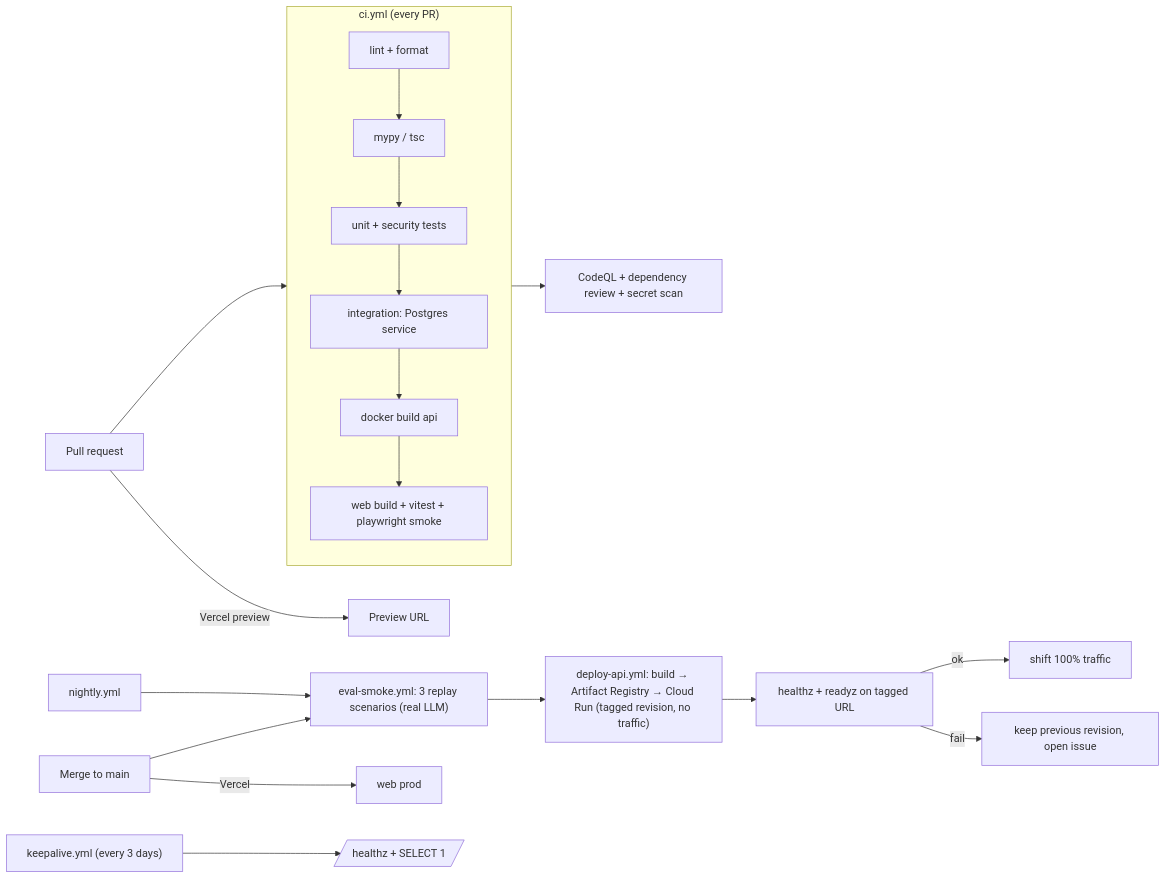
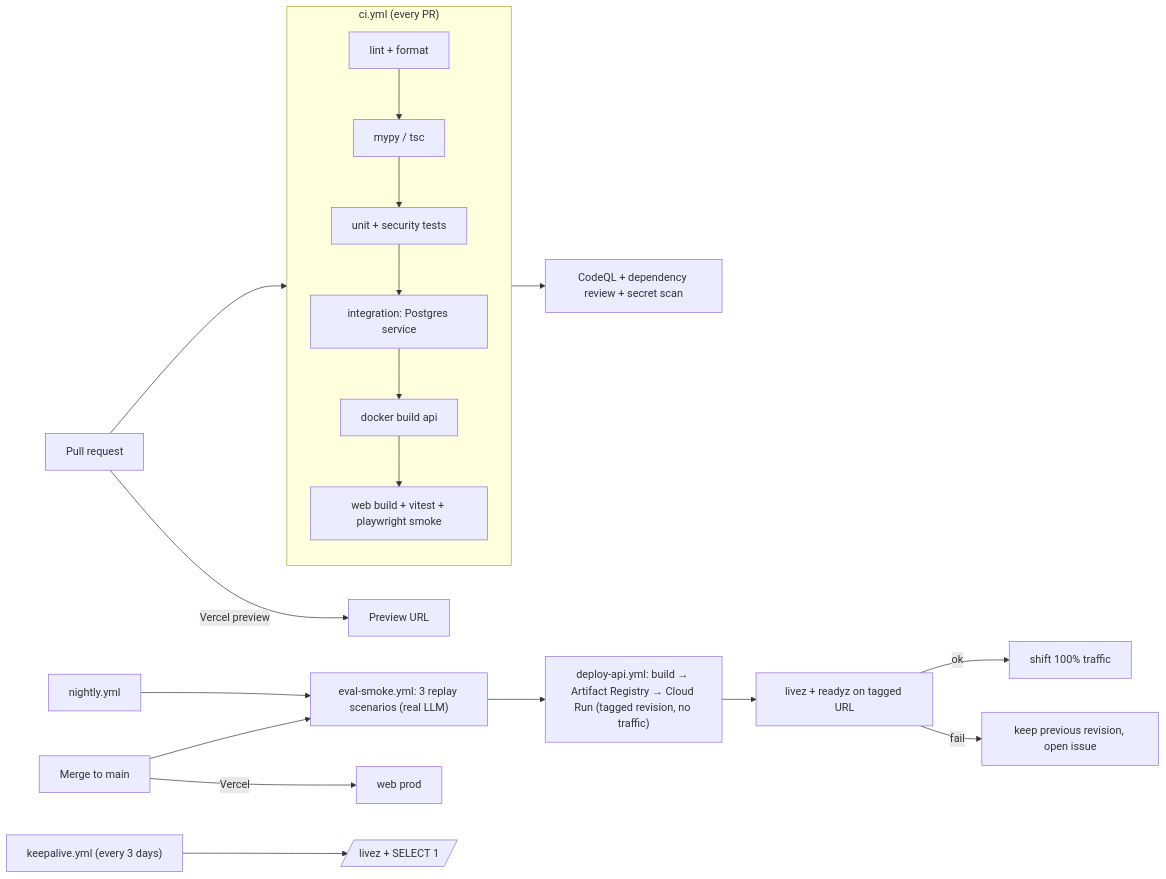
Before and after one commit to lokeshbothra21/aegisops: the third of 3 diagrams in docs/PROJECT.md, drawn with Mermaid. The commit also changed other lines of this file and 5 other files, not shown here.

First line of the commit message:
fix(api): rename liveness probe /healthz -> /livez; Google Frontend reserves /healthz on run.app (E8.4, E11.3) (#12)

````diff
--- a/docs/PROJECT.md
+++ b/docs/PROJECT.md
@@ -620,21 +620,21 @@
 ```mermaid
 flowchart LR
   PR[Pull request] --> CI
   subgraph CI["ci.yml (every PR)"]
     L[lint + format] --> T[mypy / tsc]
     T --> U[unit + security tests]
     U --> I[integration: Postgres service]
     I --> B[docker build api]
     B --> W[web build + vitest + playwright smoke]
   end
   CI --> CQ[CodeQL + dependency review + secret scan]
   PR -- Vercel preview --> PV[Preview URL]
   MERGE[Merge to main] --> SMOKE["eval-smoke.yml: 3 replay scenarios (real LLM)"]
   SMOKE --> DEPLOY["deploy-api.yml: build → Artifact Registry → Cloud Run (tagged revision, no traffic)"]
-  DEPLOY --> HC[healthz + readyz on tagged URL]
+  DEPLOY --> HC[livez + readyz on tagged URL]
   HC -- ok --> TRAFFIC[shift 100% traffic]
   HC -- fail --> KEEP[keep previous revision, open issue]
   MERGE -- Vercel --> WEBPROD[web prod]
-  CRON["keepalive.yml (every 3 days)"] --> PING[/healthz + SELECT 1/]
+  CRON["keepalive.yml (every 3 days)"] --> PING[/livez + SELECT 1/]
   NIGHT["nightly.yml"] --> SMOKE
 ```
````
